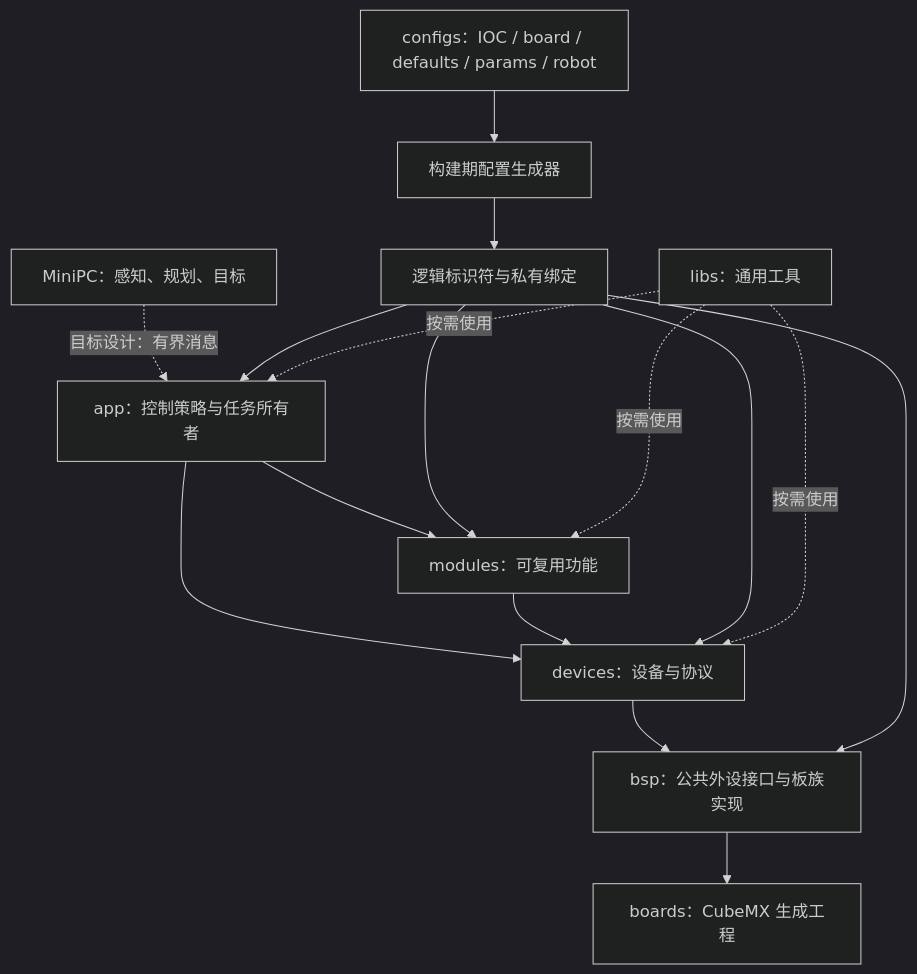
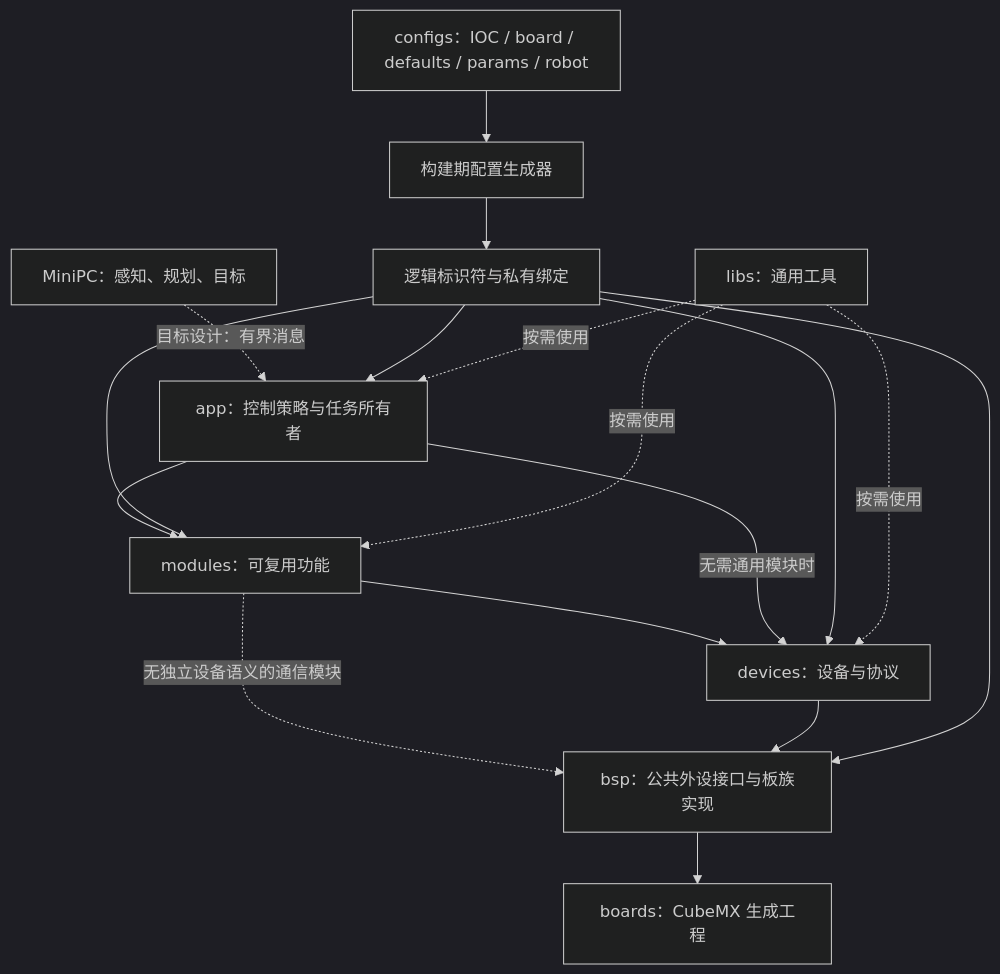
The diagram in .agents/docs/DESIGN.md (CosmosMount/embedded_framework_trial), drawn with Mermaid (dark theme) before and after one commit. The commit also changed other lines of this file and 5 other files, not shown here.

````diff
--- a/.agents/docs/DESIGN.md
+++ b/.agents/docs/DESIGN.md
@@ -18,18 +18,19 @@
 ```mermaid
 flowchart TB
     Host[MiniPC：感知、规划、目标] -.目标设计：有界消息.-> App[app：控制策略与任务所有者]
     App --> Module[modules：可复用功能]
-    App --> Device[devices：设备与协议]
-    Module --> Device
+    Module --> Device[devices：设备与协议]
+    App -->|无需通用模块时| Device
+    Module -.无独立设备语义的通信模块.-> BSP
     Device --> BSP[bsp：公共外设接口与板族实现]
     BSP --> Board[boards：CubeMX 生成工程]
     Inputs[configs：IOC / board / defaults / params / robot] --> Generator[构建期配置生成器]
     Generator --> Bindings[逻辑标识符与私有绑定]
     Bindings --> App
     Bindings --> Module
     Bindings --> Device
     Bindings --> BSP
     Lib[libs：通用工具] -.按需使用.-> App
     Lib -.按需使用.-> Module
     Lib -.按需使用.-> Device
 ```
````
